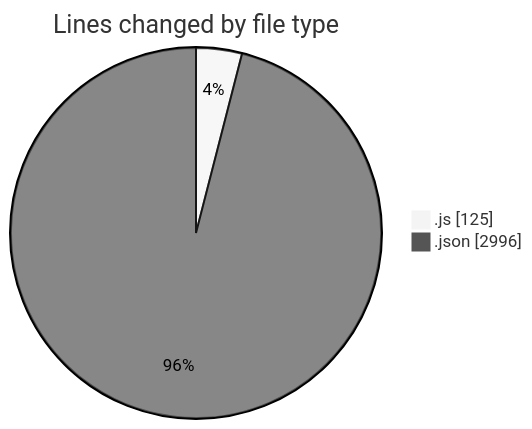
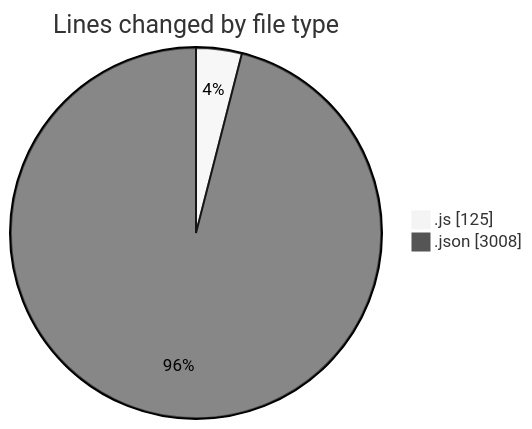
Before and after one commit to nxtqubesakshisongat/code-tracking: the first of 2 diagrams in 2025-04-09/nxtqube_webapp/README.md, drawn with Mermaid (neutral theme). The commit also changed other lines of this file and 1 other file, not shown here.

````diff
--- a/2025-04-09/nxtqube_webapp/README.md
+++ b/2025-04-09/nxtqube_webapp/README.md
@@ -22,6 +22,6 @@
 ```mermaid
 pie showData
 title Lines changed by file type
 ".js" : 125
-".json" : 2996
+".json" : 3008
 ```
````
